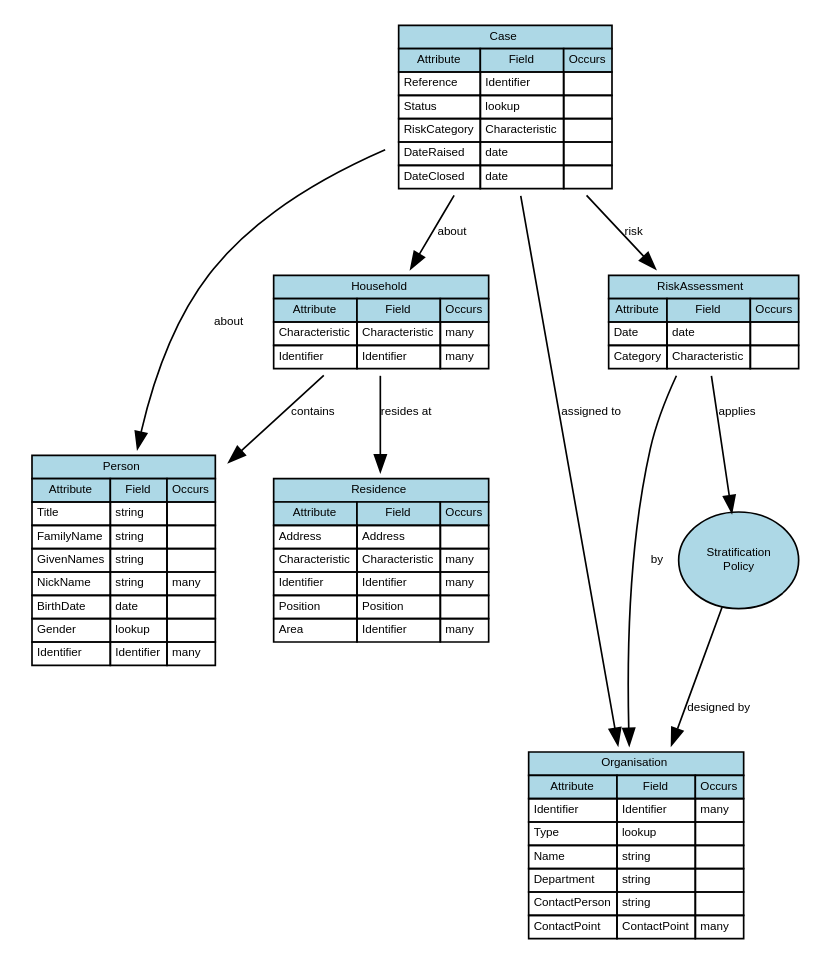
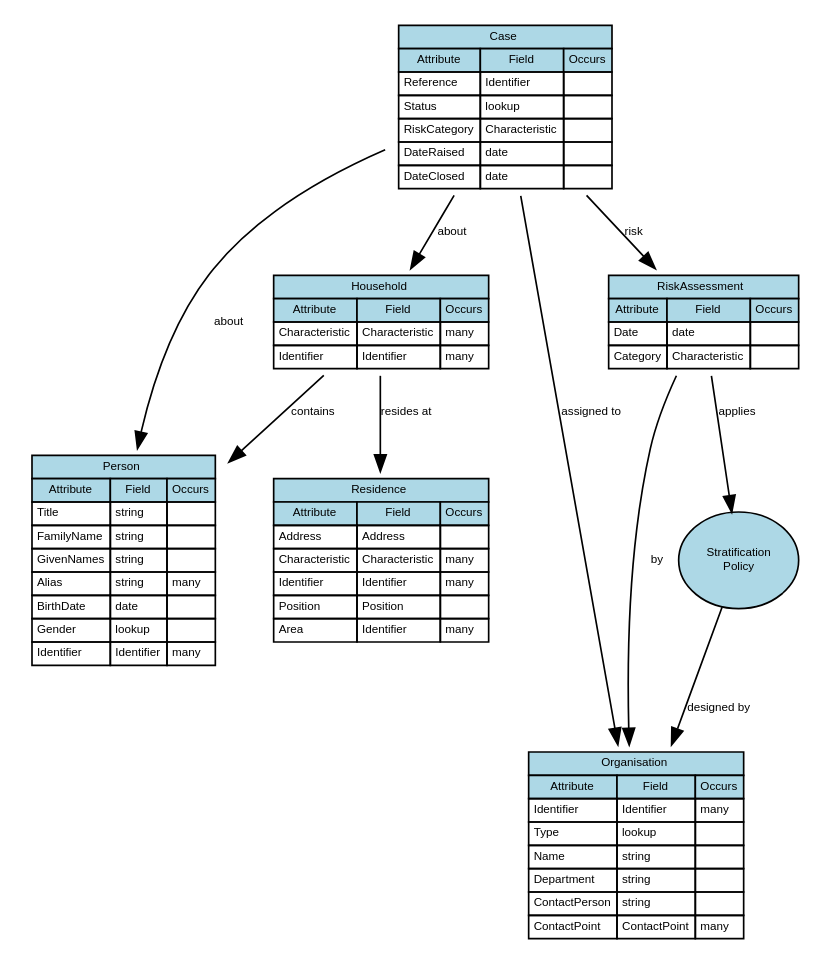
Before and after one commit to PaulDav/ModelVisual: the diagram in graph_output/use_cases/Refer Case to a Responsible Organisation.gv, drawn with Graphviz. The commit also changed 54 other files, not shown here.

Commit message:
Added Entity Attributes Regenerated diagrams and csv

```diff
--- a/graph_output/use_cases/Refer Case to a Responsible Organisation.gv
+++ b/graph_output/use_cases/Refer Case to a Responsible Organisation.gv
@@ -1,21 +1,21 @@
 digraph {
 	graph [overlap=false splines=true]
 	node [black=black color=black fillcolor=lightblue fontname=Arial fontsize=7]
 	edge [fontname=Arial fontsize=7 labelfontname=Arial labelfontsize=7 len=3.0]
 	Case [label=<<table border='0' cellborder='1' cellspacing='0'><tr><td colspan='3' bgcolor='lightblue'> Case</td></tr><tr><td bgcolor='lightblue'>Attribute</td><td bgcolor='lightblue'>Field</td><td bgcolor='lightblue'>Occurs</td></tr><tr><td align='left' balign='left' valign='top'>Reference</td><td align='left' balign='left' valign='top'>Identifier</td><td align='left' balign='left' valign='top'></td></tr><tr><td align='left' balign='left' valign='top'>Status</td><td align='left' balign='left' valign='top'>lookup</td><td align='left' balign='left' valign='top'></td></tr><tr><td align='left' balign='left' valign='top'>RiskCategory</td><td align='left' balign='left' valign='top'>Characteristic</td><td align='left' balign='left' valign='top'></td></tr><tr><td align='left' balign='left' valign='top'>DateRaised</td><td align='left' balign='left' valign='top'>date</td><td align='left' balign='left' valign='top'></td></tr><tr><td align='left' balign='left' valign='top'>DateClosed</td><td align='left' balign='left' valign='top'>date</td><td align='left' balign='left' valign='top'></td></tr></table>> URL="#Case" shape=plaintext]
 	Household [label=<<table border='0' cellborder='1' cellspacing='0'><tr><td colspan='3' bgcolor='lightblue'> Household</td></tr><tr><td bgcolor='lightblue'>Attribute</td><td bgcolor='lightblue'>Field</td><td bgcolor='lightblue'>Occurs</td></tr><tr><td align='left' balign='left' valign='top'>Characteristic</td><td align='left' balign='left' valign='top'>Characteristic</td><td align='left' balign='left' valign='top'>many</td></tr><tr><td align='left' balign='left' valign='top'>Identifier</td><td align='left' balign='left' valign='top'>Identifier</td><td align='left' balign='left' valign='top'>many</td></tr></table>> URL="#Household" shape=plaintext]
 	Organisation [label=<<table border='0' cellborder='1' cellspacing='0'><tr><td colspan='3' bgcolor='lightblue'> Organisation</td></tr><tr><td bgcolor='lightblue'>Attribute</td><td bgcolor='lightblue'>Field</td><td bgcolor='lightblue'>Occurs</td></tr><tr><td align='left' balign='left' valign='top'>Identifier</td><td align='left' balign='left' valign='top'>Identifier</td><td align='left' balign='left' valign='top'>many</td></tr><tr><td align='left' balign='left' valign='top'>Type</td><td align='left' balign='left' valign='top'>lookup</td><td align='left' balign='left' valign='top'></td></tr><tr><td align='left' balign='left' valign='top'>Name</td><td align='left' balign='left' valign='top'>string</td><td align='left' balign='left' valign='top'></td></tr><tr><td align='left' balign='left' valign='top'>Department</td><td align='left' balign='left' valign='top'>string</td><td align='left' balign='left' valign='top'></td></tr><tr><td align='left' balign='left' valign='top'>ContactPerson</td><td align='left' balign='left' valign='top'>string</td><td align='left' balign='left' valign='top'></td></tr><tr><td align='left' balign='left' valign='top'>ContactPoint</td><td align='left' balign='left' valign='top'>ContactPoint</td><td align='left' balign='left' valign='top'>many</td></tr></table>> URL="#Organisation" shape=plaintext]
-	Person [label=<<table border='0' cellborder='1' cellspacing='0'><tr><td colspan='3' bgcolor='lightblue'> Person</td></tr><tr><td bgcolor='lightblue'>Attribute</td><td bgcolor='lightblue'>Field</td><td bgcolor='lightblue'>Occurs</td></tr><tr><td align='left' balign='left' valign='top'>Title</td><td align='left' balign='left' valign='top'>string</td><td align='left' balign='left' valign='top'></td></tr><tr><td align='left' balign='left' valign='top'>FamilyName</td><td align='left' balign='left' valign='top'>string</td><td align='left' balign='left' valign='top'></td></tr><tr><td align='left' balign='left' valign='top'>GivenNames</td><td align='left' balign='left' valign='top'>string</td><td align='left' balign='left' valign='top'></td></tr><tr><td align='left' balign='left' valign='top'>NickName</td><td align='left' balign='left' valign='top'>string</td><td align='left' balign='left' valign='top'>many</td></tr><tr><td align='left' balign='left' valign='top'>BirthDate</td><td align='left' balign='left' valign='top'>date</td><td align='left' balign='left' valign='top'></td></tr><tr><td align='left' balign='left' valign='top'>Gender</td><td align='left' balign='left' valign='top'>lookup</td><td align='left' balign='left' valign='top'></td></tr><tr><td align='left' balign='left' valign='top'>Identifier</td><td align='left' balign='left' valign='top'>Identifier</td><td align='left' balign='left' valign='top'>many</td></tr></table>> URL="#Person" shape=plaintext]
+	Person [label=<<table border='0' cellborder='1' cellspacing='0'><tr><td colspan='3' bgcolor='lightblue'> Person</td></tr><tr><td bgcolor='lightblue'>Attribute</td><td bgcolor='lightblue'>Field</td><td bgcolor='lightblue'>Occurs</td></tr><tr><td align='left' balign='left' valign='top'>Title</td><td align='left' balign='left' valign='top'>string</td><td align='left' balign='left' valign='top'></td></tr><tr><td align='left' balign='left' valign='top'>FamilyName</td><td align='left' balign='left' valign='top'>string</td><td align='left' balign='left' valign='top'></td></tr><tr><td align='left' balign='left' valign='top'>GivenNames</td><td align='left' balign='left' valign='top'>string</td><td align='left' balign='left' valign='top'></td></tr><tr><td align='left' balign='left' valign='top'>Alias</td><td align='left' balign='left' valign='top'>string</td><td align='left' balign='left' valign='top'>many</td></tr><tr><td align='left' balign='left' valign='top'>BirthDate</td><td align='left' balign='left' valign='top'>date</td><td align='left' balign='left' valign='top'></td></tr><tr><td align='left' balign='left' valign='top'>Gender</td><td align='left' balign='left' valign='top'>lookup</td><td align='left' balign='left' valign='top'></td></tr><tr><td align='left' balign='left' valign='top'>Identifier</td><td align='left' balign='left' valign='top'>Identifier</td><td align='left' balign='left' valign='top'>many</td></tr></table>> URL="#Person" shape=plaintext]
 	Residence [label=<<table border='0' cellborder='1' cellspacing='0'><tr><td colspan='3' bgcolor='lightblue'> Residence</td></tr><tr><td bgcolor='lightblue'>Attribute</td><td bgcolor='lightblue'>Field</td><td bgcolor='lightblue'>Occurs</td></tr><tr><td align='left' balign='left' valign='top'>Address</td><td align='left' balign='left' valign='top'>Address</td><td align='left' balign='left' valign='top'></td></tr><tr><td align='left' balign='left' valign='top'>Characteristic</td><td align='left' balign='left' valign='top'>Characteristic</td><td align='left' balign='left' valign='top'>many</td></tr><tr><td align='left' balign='left' valign='top'>Identifier</td><td align='left' balign='left' valign='top'>Identifier</td><td align='left' balign='left' valign='top'>many</td></tr><tr><td align='left' balign='left' valign='top'>Position</td><td align='left' balign='left' valign='top'>Position</td><td align='left' balign='left' valign='top'></td></tr><tr><td align='left' balign='left' valign='top'>Area</td><td align='left' balign='left' valign='top'>Identifier</td><td align='left' balign='left' valign='top'>many</td></tr></table>> URL="#Residence" shape=plaintext]
 	RiskAssessment [label=<<table border='0' cellborder='1' cellspacing='0'><tr><td colspan='3' bgcolor='lightblue'> RiskAssessment</td></tr><tr><td bgcolor='lightblue'>Attribute</td><td bgcolor='lightblue'>Field</td><td bgcolor='lightblue'>Occurs</td></tr><tr><td align='left' balign='left' valign='top'>Date</td><td align='left' balign='left' valign='top'>date</td><td align='left' balign='left' valign='top'></td></tr><tr><td align='left' balign='left' valign='top'>Category</td><td align='left' balign='left' valign='top'>Characteristic</td><td align='left' balign='left' valign='top'></td></tr></table>> URL="#RiskAssessment" shape=plaintext]
 	Case -> Person [label=about]
 	Case -> Household [label=about]
 	Case -> RiskAssessment [label=risk]
 	Case -> Organisation [label="assigned to"]
 	Household -> Residence [label="resides at"]
 	Household -> Person [label=contains]
 	RiskAssessment -> Organisation [label=by]
 	nodeStratificationPolicy [label="Stratification\nPolicy" URL="#StratificationPolicy" fixedsize=true height=0.8 style=filled width=1.0]
 	RiskAssessment -> nodeStratificationPolicy [label=applies]
 	nodeStratificationPolicy -> Organisation [label="designed by"]
 }
```
